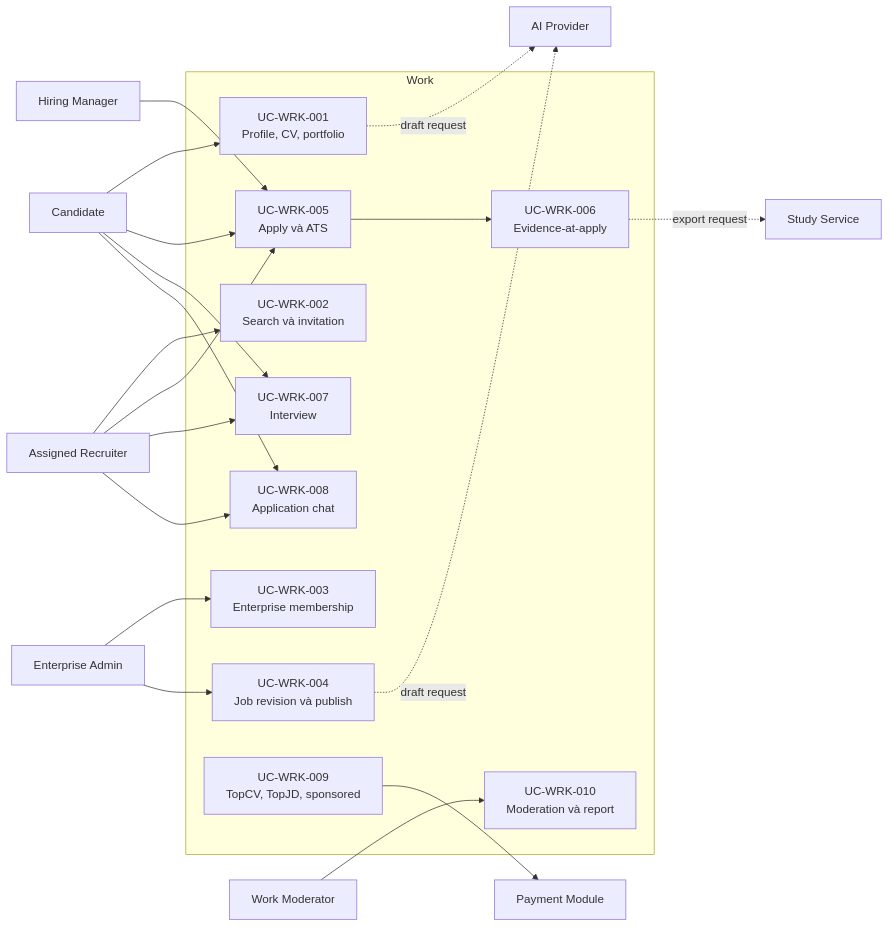
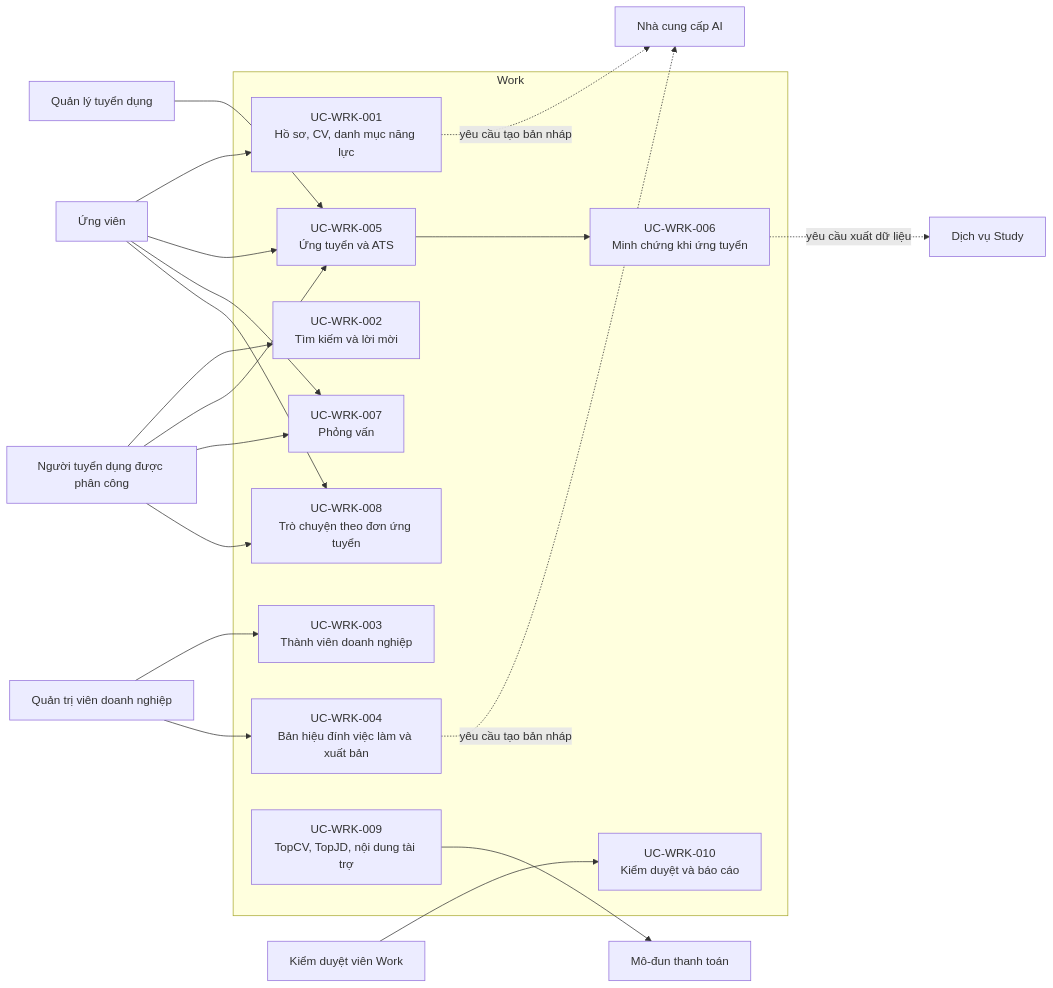
One commit to daovanhung-dev/Study2Work changed the third of 47 diagrams in docs/BD/02_BIEU_DO_HE_THONG.md. Above: the diagram before and after it, drawn with Mermaid. The commit also changed other lines of this file and 2295 other files, not shown here.

````diff
--- a/docs/BD/02_BIEU_DO_HE_THONG.md
+++ b/docs/BD/02_BIEU_DO_HE_THONG.md
@@ -158,42 +158,42 @@
 ```mermaid
 flowchart LR
-    Candidate[Candidate]
-    Recruiter[Assigned Recruiter]
-    EntAdmin[Enterprise Admin]
-    Hiring[Hiring Manager]
-    Moderator[Work Moderator]
-    Study[Study Service]
-    Pay[Payment Module]
-    AI[AI Provider]
+    Candidate[Ứng viên]
+    Recruiter[Người tuyển dụng được phân công]
+    EntAdmin[Quản trị viên doanh nghiệp]
+    Hiring[Quản lý tuyển dụng]
+    Moderator[Kiểm duyệt viên Work]
+    Study[Dịch vụ Study]
+    Pay[Mô-đun thanh toán]
+    AI[Nhà cung cấp AI]
 
     subgraph WORK[Work]
-        Profile["UC-WRK-001<br/>Profile, CV, portfolio"]
-        Search["UC-WRK-002<br/>Search và invitation"]
-        Tenant["UC-WRK-003<br/>Enterprise membership"]
-        Job["UC-WRK-004<br/>Job revision và publish"]
-        ATS["UC-WRK-005<br/>Apply và ATS"]
-        Ev["UC-WRK-006<br/>Evidence-at-apply"]
-        Interview["UC-WRK-007<br/>Interview"]
-        Chat["UC-WRK-008<br/>Application chat"]
-        Premium["UC-WRK-009<br/>TopCV, TopJD, sponsored"]
-        Ops["UC-WRK-010<br/>Moderation và report"]
+        Profile["UC-WRK-001<br/>Hồ sơ, CV, danh mục năng lực"]
+        Search["UC-WRK-002<br/>Tìm kiếm và lời mời"]
+        Tenant["UC-WRK-003<br/>Thành viên doanh nghiệp"]
+        Job["UC-WRK-004<br/>Bản hiệu đính việc làm và xuất bản"]
+        ATS["UC-WRK-005<br/>Ứng tuyển và ATS"]
+        Ev["UC-WRK-006<br/>Minh chứng khi ứng tuyển"]
+        Interview["UC-WRK-007<br/>Phỏng vấn"]
+        Chat["UC-WRK-008<br/>Trò chuyện theo đơn ứng tuyển"]
+        Premium["UC-WRK-009<br/>TopCV, TopJD, nội dung tài trợ"]
+        Ops["UC-WRK-010<br/>Kiểm duyệt và báo cáo"]
     end
 
     Candidate --> Profile
     Candidate --> ATS
     Candidate --> Interview
     Candidate --> Chat
     Recruiter --> Search
     Recruiter --> ATS
     Recruiter --> Interview
     Recruiter --> Chat
     EntAdmin --> Tenant
     EntAdmin --> Job
     Hiring --> ATS
     Moderator --> Ops
     ATS --> Ev
-    Ev -. export request .-> Study
+    Ev -. yêu cầu xuất dữ liệu .-> Study
     Premium --> Pay
-    Profile -. draft request .-> AI
-    Job -. draft request .-> AI
+    Profile -. yêu cầu tạo bản nháp .-> AI
+    Job -. yêu cầu tạo bản nháp .-> AI
 ```
````
